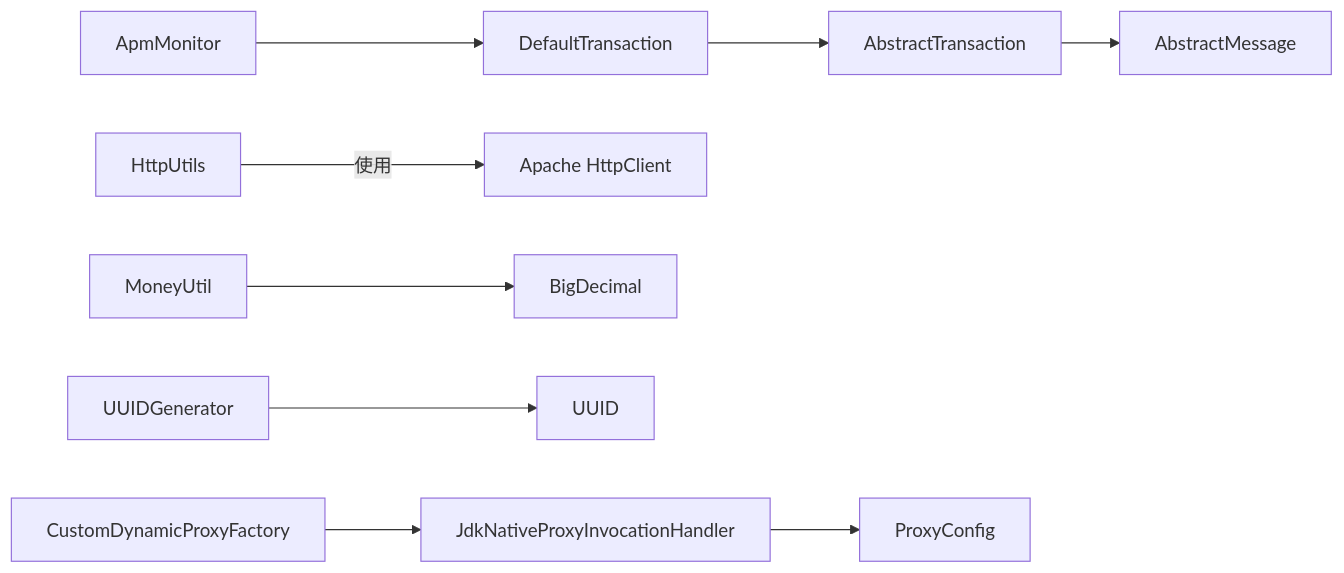
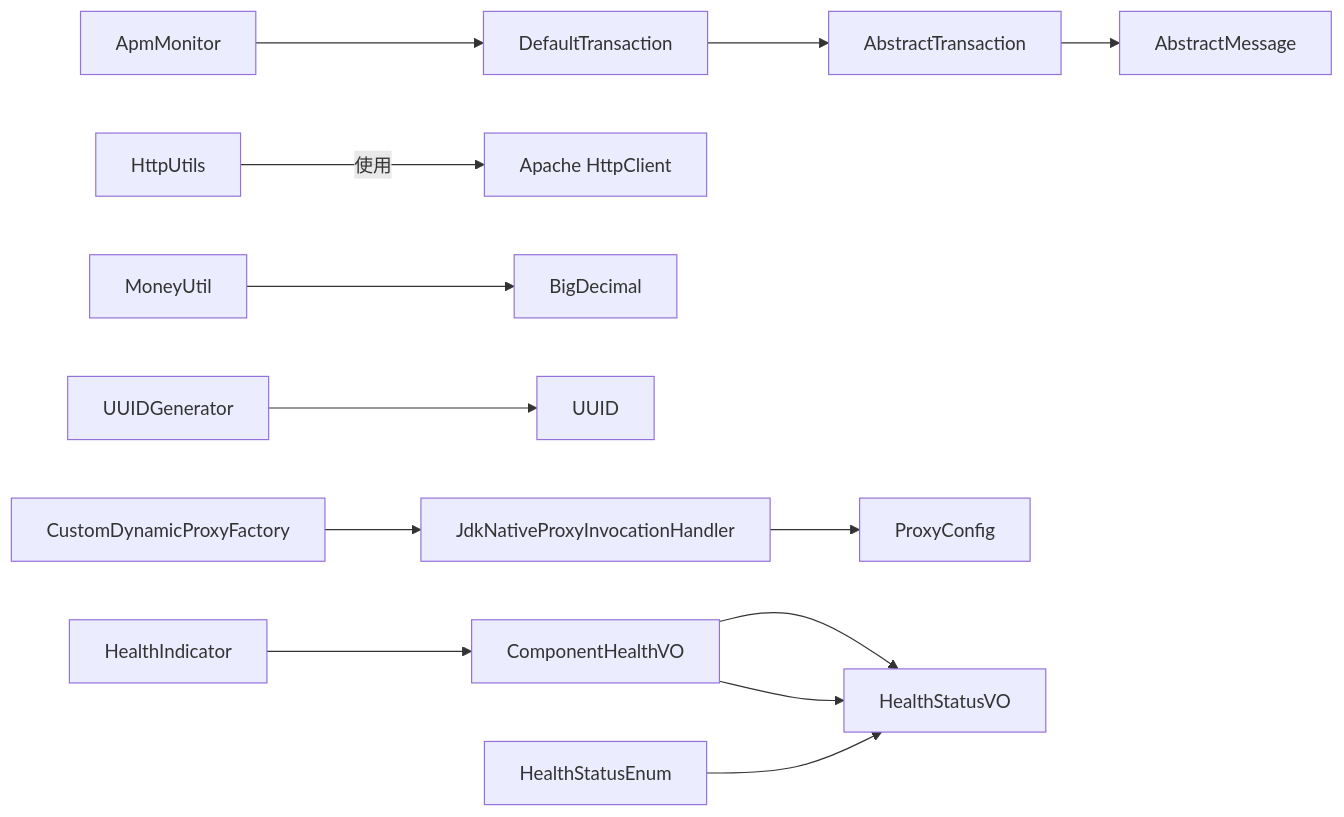
Before and after one commit to magicliang/domain-driven-transaction-sys: the seventh of 7 diagrams in .qoder/repowiki/zh/content/通用工具类/高级工具类.md, drawn with Mermaid. The commit also changed other lines of this file and 7 other files, not shown here.

````diff
--- a/.qoder/repowiki/zh/content/通用工具类/高级工具类.md
+++ b/.qoder/repowiki/zh/content/通用工具类/高级工具类.md
@@ -330,11 +446,15 @@
 ```mermaid
 graph LR
 AM["ApmMonitor"] --> DT["DefaultTransaction"]
 DT --> AT["AbstractTransaction"]
 AT --> AMsg["AbstractMessage"]
 HTTP["HttpUtils"] --> |使用| HC["Apache HttpClient"]
 MONEY["MoneyUtil"] --> BD["BigDecimal"]
 UUID["UUIDGenerator"] --> U["UUID"]
 DYN["CustomDynamicProxyFactory"] --> JDKH["JdkNativeProxyInvocationHandler"]
 JDKH --> PC["ProxyConfig"]
+CHVO["ComponentHealthVO"] --> HHSV["HealthStatusVO"]
+HSENUM["HealthStatusEnum"] --> HHSV
+HI["HealthIndicator"] --> CHVO
+CHVO --> HHSV
 ```
````
